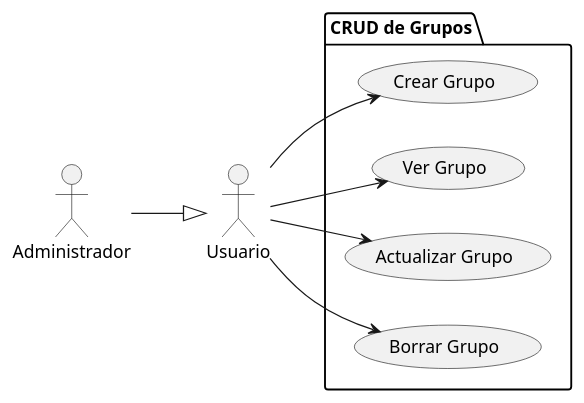
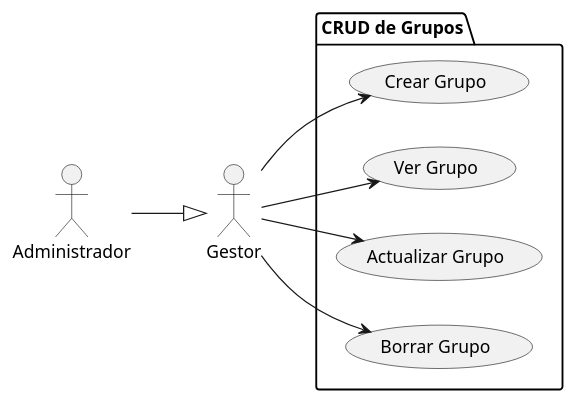
Before and after one commit to mmasias/24-25-IdSw1-SDR: the diagram in docs/casosDeUso/diagramaCasosDeUso/manejoGrupos/manejoGrupo.puml, drawn with PlantUML. The commit also changed 7 other files, not shown here.

Commit message:
REFAC: renombrar actor "Usuario" a "Gestor" en diagramas de casos de uso para mayor claridad

```diff
--- a/docs/casosDeUso/diagramaCasosDeUso/manejoGrupos/manejoGrupo.puml
+++ b/docs/casosDeUso/diagramaCasosDeUso/manejoGrupos/manejoGrupo.puml
@@ -1,18 +1,18 @@
 @startuml manejoGrupo
 left to right direction
-actor "Usuario" as Usuario
+actor "Gestor" as Usuario
 actor "Administrador" as Administrador
 
 package "CRUD de Grupos" {
     usecase "Crear Grupo" as CC1
     usecase "Ver Grupo" as CC2
     usecase "Actualizar Grupo" as CC3
     usecase "Borrar Grupo" as CC4
 }
 
 Administrador --|> Usuario
 Usuario --> CC1
 Usuario --> CC2
 Usuario --> CC3
 Usuario --> CC4
 @enduml
```
